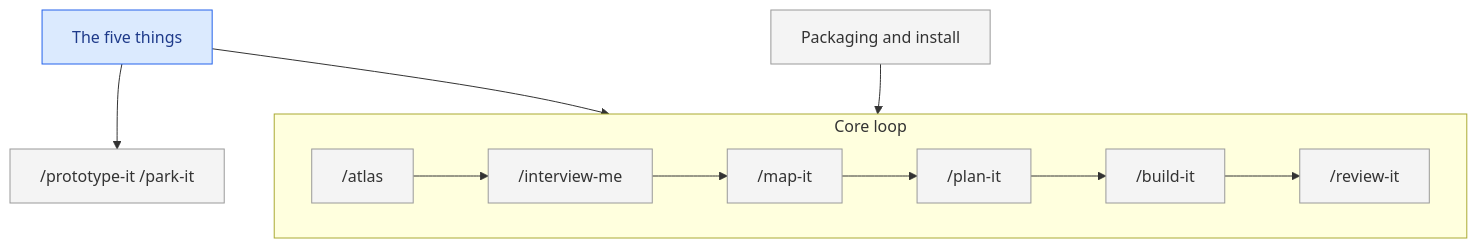
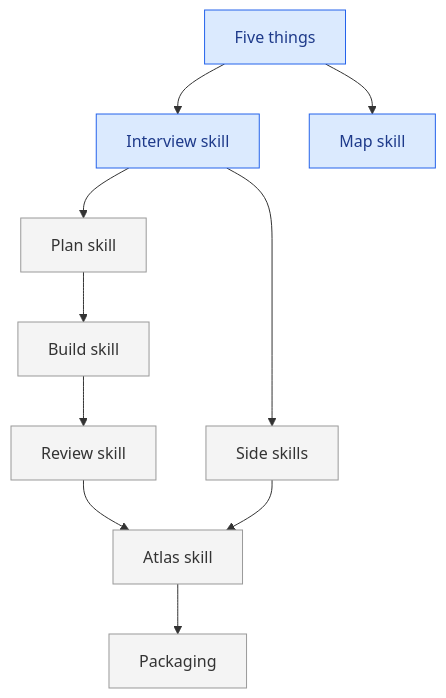
Before and after one commit to somethingdarkside1/atlas-skills: the diagram in MAP.md, drawn with Mermaid. The commit also changed other lines of this file and 17 other files, not shown here.

First line of the commit message:
Settle the cross-cutting rules: two modes, Needs lines, derived diagrams, the interview writes the brief

````diff
--- a/MAP.md
+++ b/MAP.md
@@ -15,19 +15,27 @@
 ```mermaid
 flowchart TB
   classDef sketched fill:#f4f4f4,stroke:#999,color:#333
   classDef decided fill:#dbeafe,stroke:#2563eb,color:#1e3a8a
   classDef building fill:#fef3c7,stroke:#d97706,color:#78350f
   classDef done fill:#dcfce7,stroke:#16a34a,color:#14532d
 
-  five-things["The five things"]:::decided
-  packaging["Packaging and install"]:::sketched
-  side-skills["/prototype-it /park-it"]:::sketched
-  subgraph core[Core loop]
-    direction LR
-    atlas-skill["/atlas"]:::sketched --> interview-skill["/interview-me"]:::sketched --> map-skill["/map-it"]:::sketched --> plan-skill["/plan-it"]:::sketched --> build-skill["/build-it"]:::sketched --> review-skill["/review-it"]:::sketched
-  end
+  five-things["Five things"]:::decided
+  atlas-skill["Atlas skill"]:::sketched
+  interview-skill["Interview skill"]:::decided
+  map-skill["Map skill"]:::decided
+  plan-skill["Plan skill"]:::sketched
+  build-skill["Build skill"]:::sketched
+  review-skill["Review skill"]:::sketched
+  side-skills["Side skills"]:::sketched
+  packaging["Packaging"]:::sketched
 
-  five-things --> core
-  five-things --> side-skills
-  packaging --> core
+  five-things --> interview-skill
+  five-things --> map-skill
+  interview-skill --> plan-skill
+  plan-skill --> build-skill
+  build-skill --> review-skill
+  interview-skill --> side-skills
+  review-skill --> atlas-skill
+  side-skills --> atlas-skill
+  atlas-skill --> packaging
 ```
````
